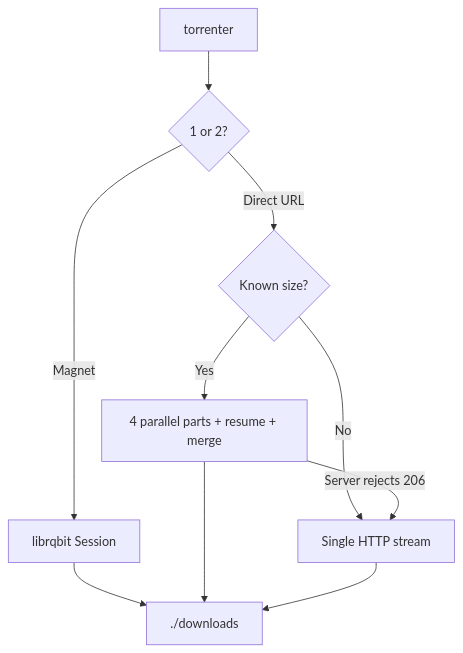
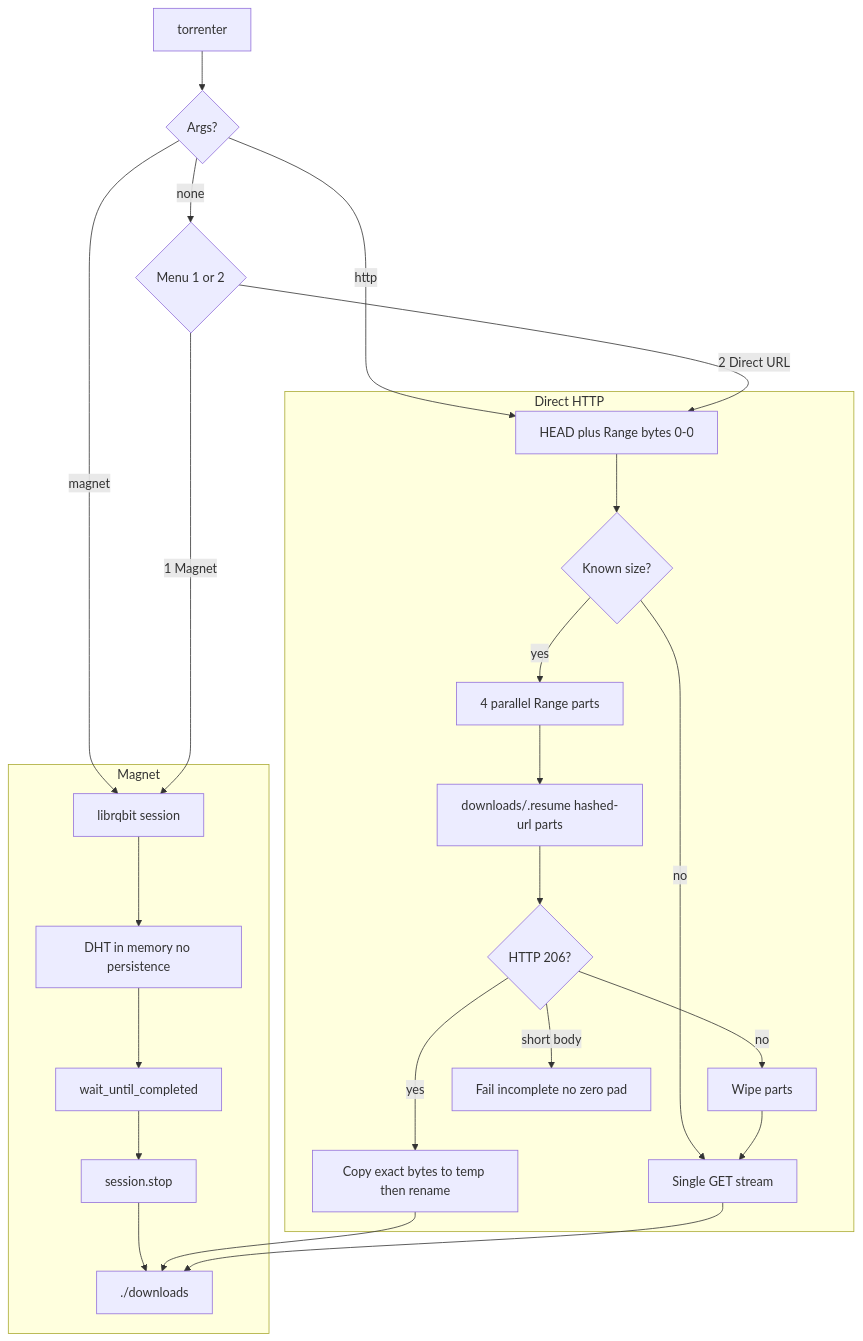
Before and after one commit to danted4/torrenter: the diagram in README.md, drawn with Mermaid. The commit also changed other lines of this file, not shown here.

Commit message:
Document torrenter flows, release assets, and HTTP resume behavior.

````diff
--- a/README.md
+++ b/README.md
@@ -94,12 +77,33 @@
 ```mermaid
 flowchart TD
-  A[torrenter] --> B{1 or 2?}
-  B -->|Magnet| C[librqbit Session]
-  C --> F[./downloads]
-  B -->|Direct URL| D{Known size?}
-  D -->|Yes| E[4 parallel parts + resume + merge]
-  D -->|No| G[Single HTTP stream]
-  E -->|Server rejects 206| G
-  E --> F
-  G --> F
+  start[torrenter] --> entry{Args?}
+  entry -->|none| menu{Menu 1 or 2}
+  entry -->|magnet| torrent
+  entry -->|http| httpStart
+  menu -->|1 Magnet| torrent
+  menu -->|2 Direct URL| httpStart
+
+  subgraph magnetFlow [Magnet]
+    torrent[librqbit session]
+    torrent --> dht[DHT in memory no persistence]
+    dht --> waitComplete[wait_until_completed]
+    waitComplete --> stopSession[session.stop]
+    stopSession --> outDir
+  end
+
+  subgraph httpFlow [Direct HTTP]
+    httpStart[HEAD plus Range bytes 0-0]
+    httpStart --> sized{Known size?}
+    sized -->|no| single[Single GET stream]
+    sized -->|yes| parts[4 parallel Range parts]
+    parts --> resumeDir["downloads/.resume hashed-url parts"]
+    resumeDir --> honor{"HTTP 206?"}
+    honor -->|no| wipe[Wipe parts] --> single
+    honor -->|short body| fail[Fail incomplete no zero pad]
+    honor -->|yes| merge[Copy exact bytes to temp then rename]
+    merge --> outDir
+    single --> outDir
+  end
+
+  outDir["./downloads"]
 ```
````
